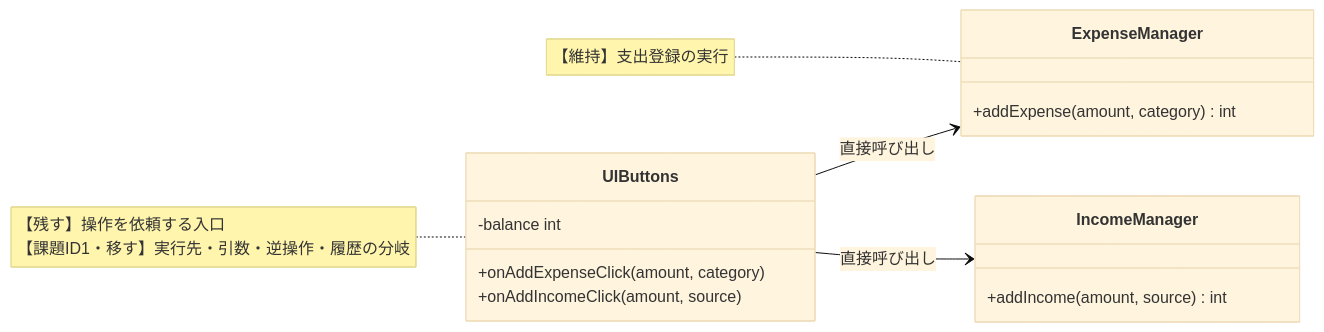
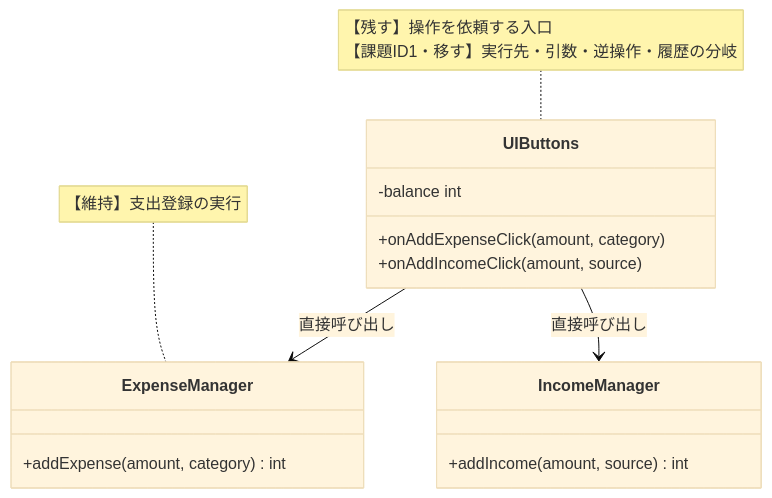
One commit to kumachan1101-pixel/DesignPattern changed diagram 13 of 21 in kindle/design-patterns/output/chapter05.md. Above: the diagram before and after it, drawn with Mermaid (base theme). The commit also changed other lines of this file and 21 other files, not shown here.

````diff
--- a/kindle/design-patterns/output/chapter05.md
+++ b/kindle/design-patterns/output/chapter05.md
@@ -1209,23 +1208,23 @@
 ```mermaid
 classDiagram
-    direction LR
+    direction TB
     class UIButtons {
         -balance int
         +onAddExpenseClick(amount, category)
         +onAddIncomeClick(amount, source)
     }
     class ExpenseManager {
         +addExpense(amount, category) int
     }
     class IncomeManager {
         +addIncome(amount, source) int
     }
     UIButtons --> ExpenseManager : 直接呼び出し
     UIButtons --> IncomeManager : 直接呼び出し
 
     note for UIButtons "【残す】操作を依頼する入口<br/>【課題ID1・移す】実行先・引数・逆操作・履歴の分岐"
     note for ExpenseManager "【維持】支出登録の実行"
 
     classDef focus fill:#FFF2CC,stroke:#D6B656,stroke-width:2px,color:#222222
     cssClass "UIButtons" focus
 ```
````
